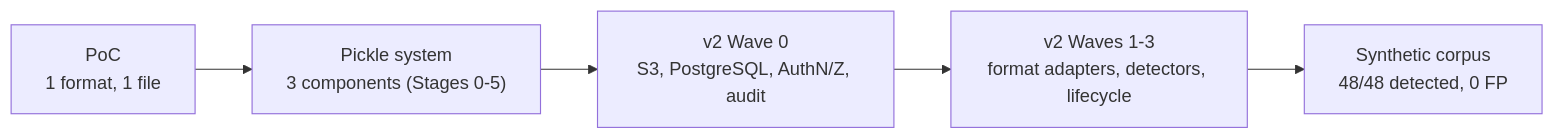
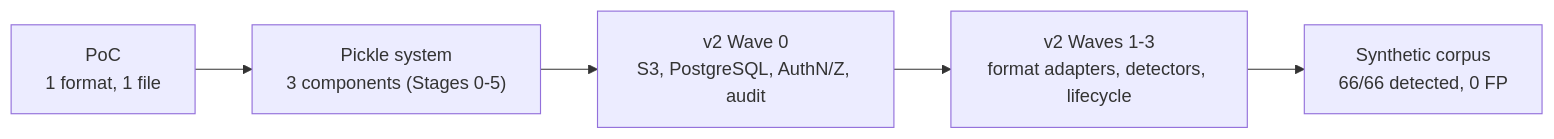
The diagram in README.en.md (pol4/MLScan), drawn with Mermaid before and after one commit. The commit also changed other lines of this file and 42 other files, not shown here.

````diff
--- a/README.en.md
+++ b/README.en.md
@@ -32,7 +32,7 @@
 ```mermaid
 flowchart LR
   P["PoC<br/>1 format, 1 file"] --> S["Pickle system<br/>3 components (Stages 0-5)"]
   S --> V0["v2 Wave 0<br/>S3, PostgreSQL, AuthN/Z, audit"]
   V0 --> V1["v2 Waves 1-3<br/>format adapters, detectors, lifecycle"]
-  V1 --> T["Synthetic corpus<br/>48/48 detected, 0 FP"]
+  V1 --> T["Synthetic corpus<br/>66/66 detected, 0 FP"]
 ```
````
